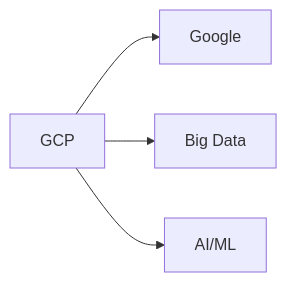
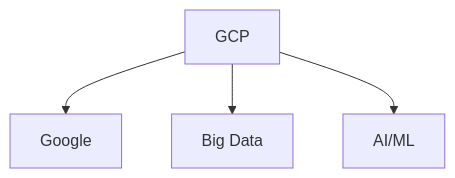
Before and after one commit to zyrass/omnydocs: diagram 13 of 31 in docs/glossaire/cloud-computing.md, drawn with Mermaid. The commit also changed other lines of this file and 1780 other files, not shown here.

````diff
--- a/docs/glossaire/cloud-computing.md
+++ b/docs/glossaire/cloud-computing.md
@@ -264,6 +318,6 @@
-    ```mermaid
-    graph LR
-        A[GCP] --> B[Google]
-        A --> C[Big Data]
-        A --> D[AI/ML]
-    ```
+```mermaid
+graph TB
+    A[GCP] --> B[Google]
+    A --> C[Big Data]
+    A --> D[AI/ML]
+```
````
